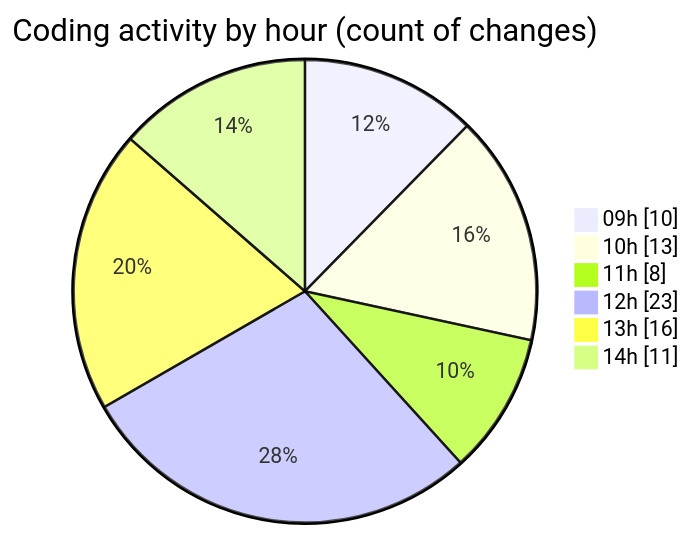
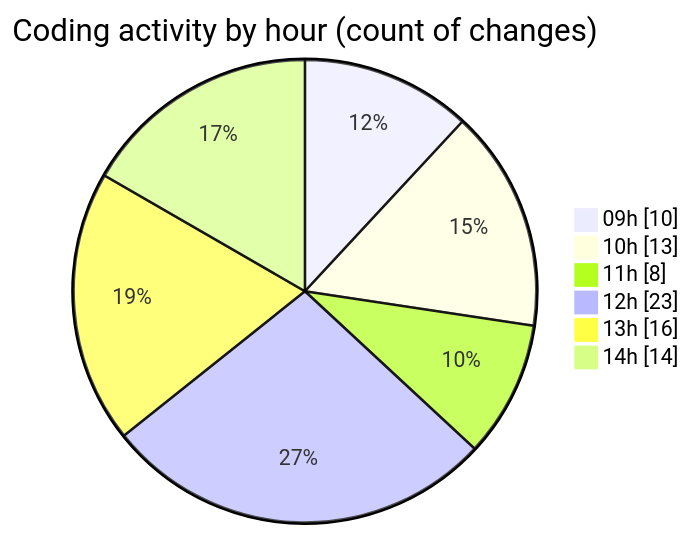
The second of 2 diagrams in 2025-03-07/cda/README.md (momahboobian/code-tracking), drawn with Mermaid before and after one commit. The commit also changed other lines of this file and 1 other file, not shown here.

````diff
--- a/2025-03-07/cda/README.md
+++ b/2025-03-07/cda/README.md
@@ -46,10 +47,10 @@
 ```mermaid
 pie showData
 title Coding activity by hour (count of changes)
 "09h" : 10
 "10h" : 13
 "11h" : 8
 "12h" : 23
 "13h" : 16
-"14h" : 11
+"14h" : 14
 ```
````
